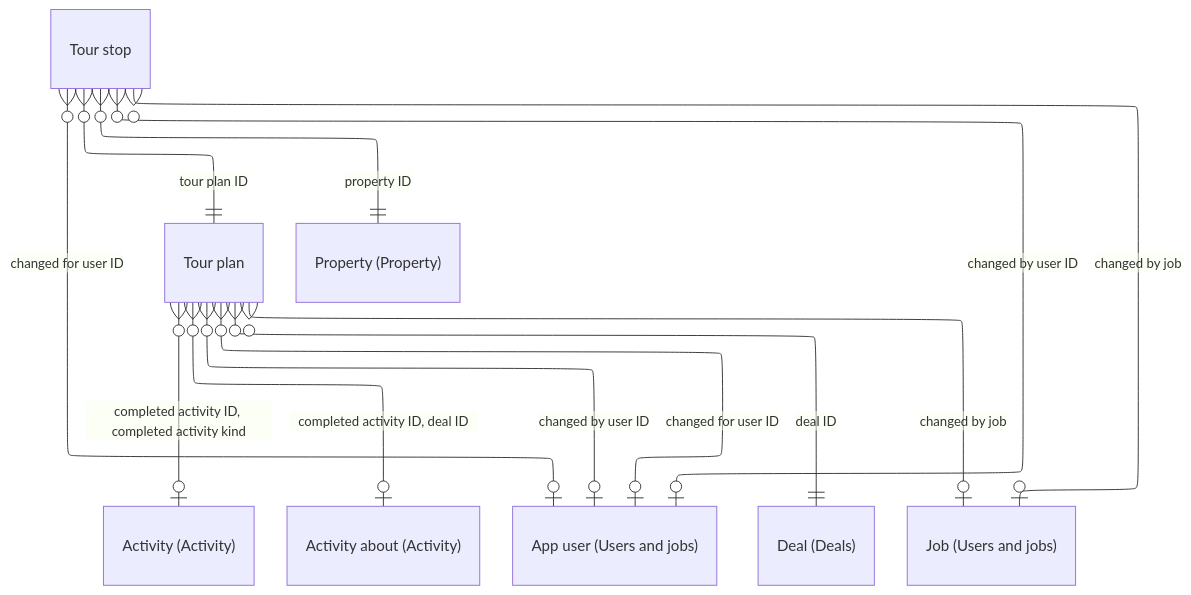
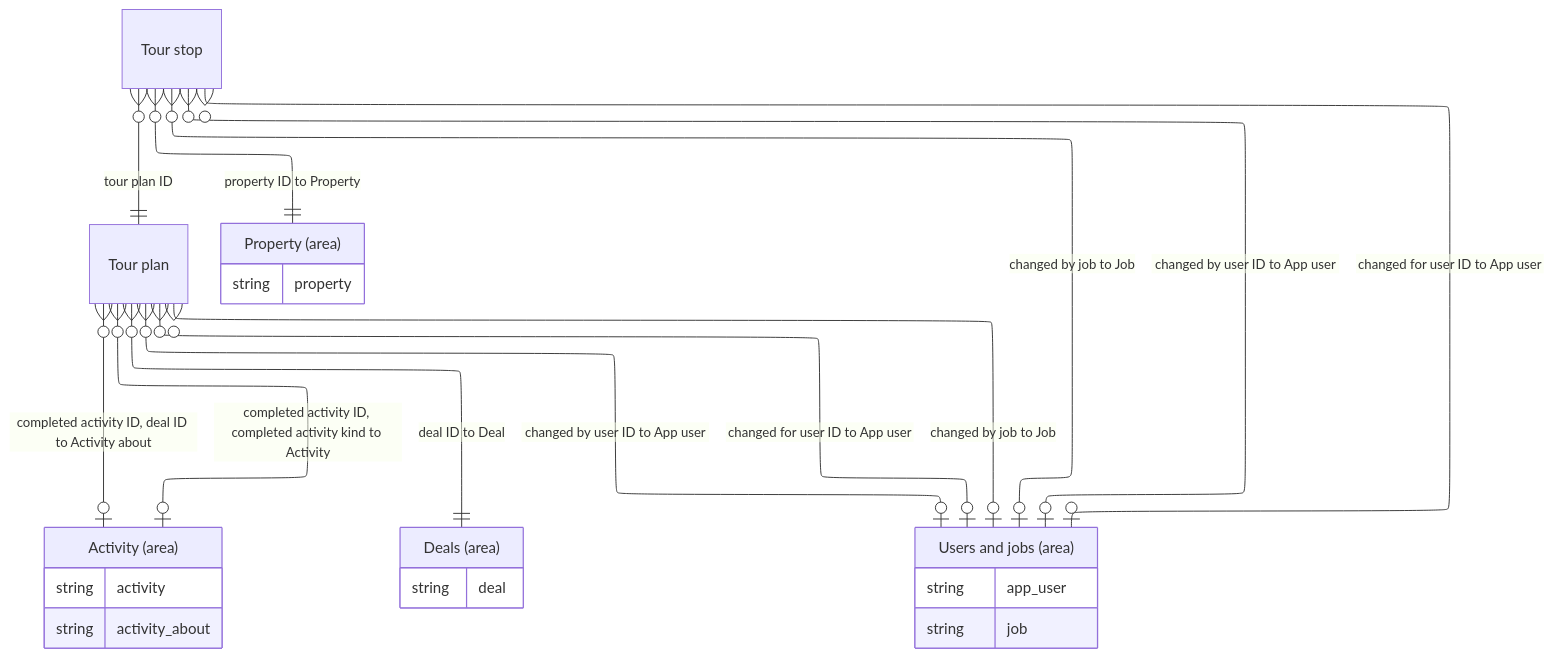
The diagram in docs/database/tables/viewpoint-tours.md (DoctorCRE/doctorcre-engine), drawn with Mermaid before and after one commit. The commit also changed 152 other files, not shown here.

````diff
--- a/docs/database/tables/viewpoint-tours.md
+++ b/docs/database/tables/viewpoint-tours.md
@@ -3,23 +3,37 @@
 ```mermaid
 ---
 config:
   layout: elk
   er:
     nodeSpacing: 22
     rankSpacing: 44
 ---
 erDiagram
   "Tour plan"
   "Tour stop"
-  "Tour plan" }o--o| "Activity (Activity)" : "completed activity ID, completed activity kind"
-  "Tour plan" }o--o| "Activity about (Activity)" : "completed activity ID, deal ID"
-  "Tour plan" }o--o| "App user (Users and jobs)" : "changed by user ID"
-  "Tour plan" }o--o| "App user (Users and jobs)" : "changed for user ID"
-  "Tour plan" }o--|| "Deal (Deals)" : "deal ID"
-  "Tour plan" }o--o| "Job (Users and jobs)" : "changed by job"
-  "Tour stop" }o--o| "App user (Users and jobs)" : "changed by user ID"
-  "Tour stop" }o--o| "App user (Users and jobs)" : "changed for user ID"
-  "Tour stop" }o--o| "Job (Users and jobs)" : "changed by job"
-  "Tour stop" }o--|| "Property (Property)" : "property ID"
+  "Activity (area)" {
+    string activity
+    string activity_about
+  }
+  "Deals (area)" {
+    string deal
+  }
+  "Property (area)" {
+    string property
+  }
+  "Users and jobs (area)" {
+    string app_user
+    string job
+  }
+  "Tour plan" }o--o| "Activity (area)" : "completed activity ID, completed activity kind to Activity"
+  "Tour plan" }o--o| "Activity (area)" : "completed activity ID, deal ID to Activity about"
+  "Tour plan" }o--o| "Users and jobs (area)" : "changed by user ID to App user"
+  "Tour plan" }o--o| "Users and jobs (area)" : "changed for user ID to App user"
+  "Tour plan" }o--|| "Deals (area)" : "deal ID to Deal"
+  "Tour plan" }o--o| "Users and jobs (area)" : "changed by job to Job"
+  "Tour stop" }o--o| "Users and jobs (area)" : "changed by user ID to App user"
+  "Tour stop" }o--o| "Users and jobs (area)" : "changed for user ID to App user"
+  "Tour stop" }o--o| "Users and jobs (area)" : "changed by job to Job"
+  "Tour stop" }o--|| "Property (area)" : "property ID to Property"
   "Tour stop" }o--|| "Tour plan" : "tour plan ID"
 ```
````
